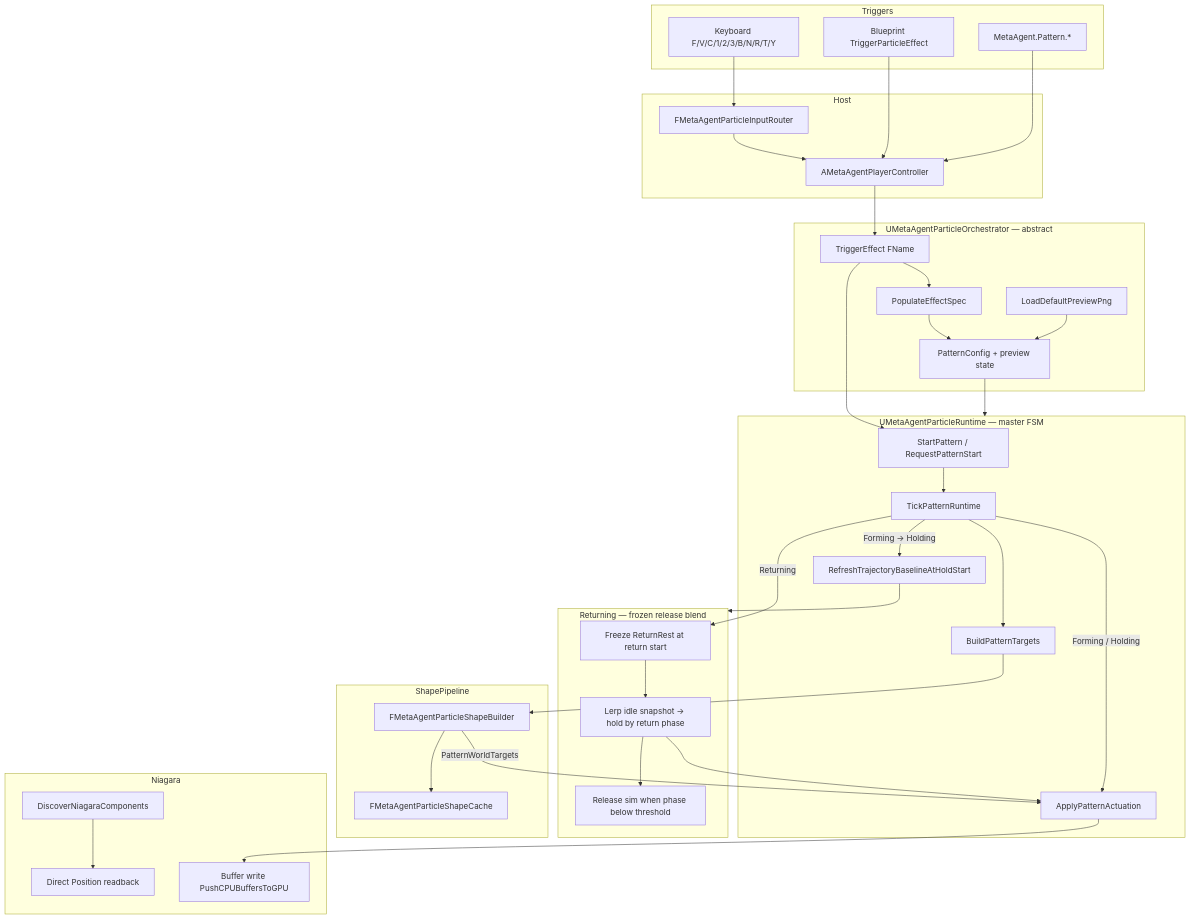
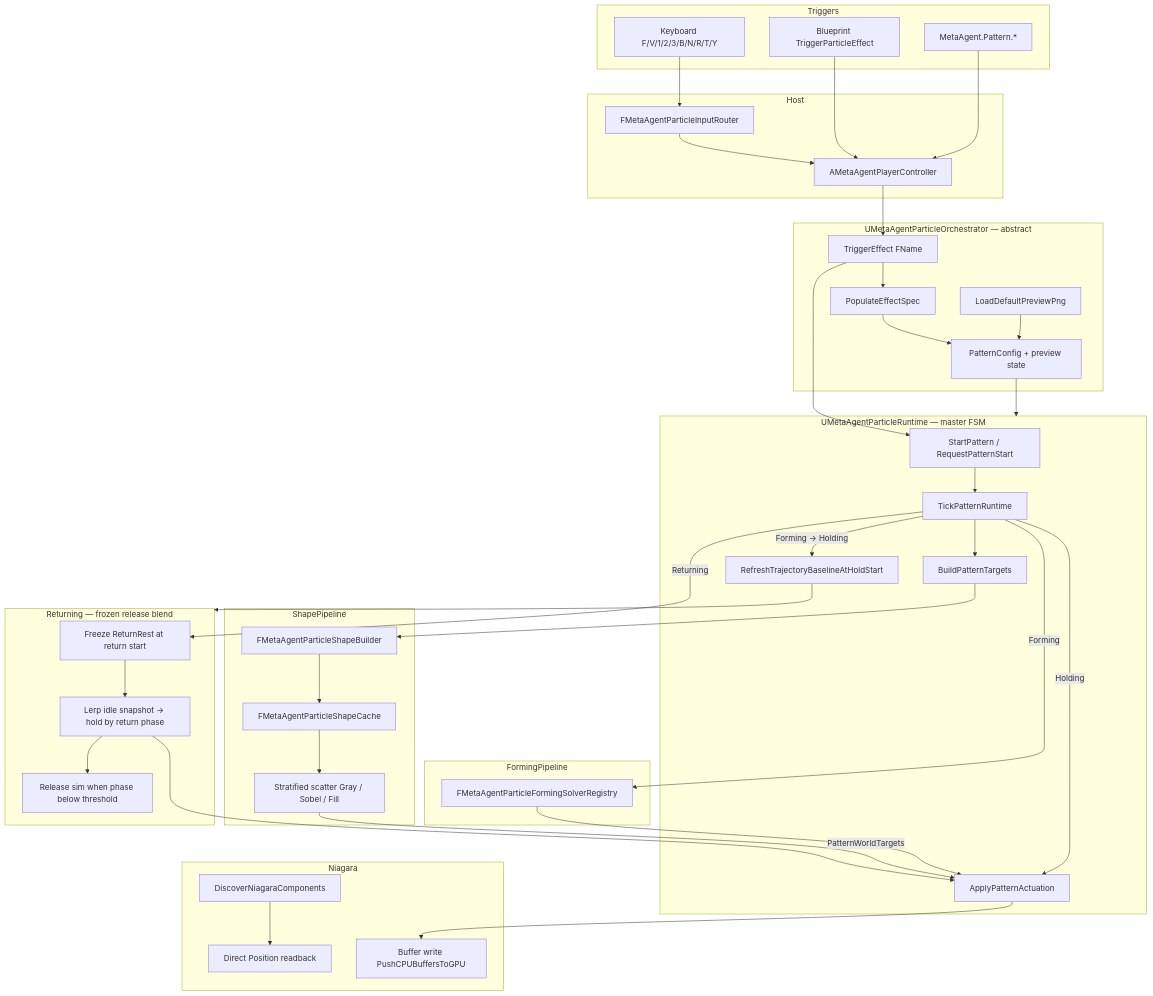
One commit to vecnode/metaagent-ue5-plugin changed diagram 11 of 14 in README.md. Above: the diagram before and after it, drawn with Mermaid. The commit also changed other lines of this file and 12 other files, not shown here.

````diff
--- a/README.md
+++ b/README.md
@@ -703,70 +777,78 @@
 ```mermaid
 flowchart TB
     subgraph Triggers
-        Keys[Keyboard F/V/C/1/2/3/B/N/R/T/Y]
+        Keys[Keyboard F/V/1/2/3/B/N/R/T/Y]
         BP[Blueprint TriggerParticleEffect]
         Console[MetaAgent.Pattern.*]
     end
 
     subgraph Host
         PC[AMetaAgentPlayerController]
         Router[FMetaAgentParticleInputRouter]
     end
 
     subgraph Orchestrator["UMetaAgentParticleOrchestrator — abstract"]
         TE[TriggerEffect FName]
         Spec[PopulateEffectSpec]
         Preview[LoadDefaultPreviewPng]
         Config[PatternConfig + preview state]
     end
 
     subgraph ParticleFSM["UMetaAgentParticleRuntime — master FSM"]
         Start[StartPattern / RequestPatternStart]
         Tick[TickPatternRuntime]
         Build[BuildPatternTargets]
         Traj[RefreshTrajectoryBaselineAtHoldStart]
         Act[ApplyPatternActuation]
     end
 
     subgraph ReturnBlend["Returning — frozen release blend"]
         Freeze[Freeze ReturnRest at return start]
         Lerp["Lerp idle snapshot → hold by return phase"]
         Release[Release sim when phase below threshold]
         Freeze --> Lerp
         Lerp --> Act
         Lerp --> Release
     end
 
     subgraph ShapePipeline
         Builder[FMetaAgentParticleShapeBuilder]
         Cache[FMetaAgentParticleShapeCache]
+        Mask[Stratified scatter Gray / Sobel / Fill]
+    end
+
+    subgraph FormingPipeline
+        Solvers[FMetaAgentParticleFormingSolverRegistry]
     end
 
     subgraph Niagara
         Discover[DiscoverNiagaraComponents]
         Capture[Direct Position readback]
         Write[Buffer write PushCPUBuffersToGPU]
     end
 
     Keys --> Router
     Router --> PC
     BP --> PC
     Console --> PC
     PC --> TE
     TE --> Spec
     Spec --> Config
     TE --> Start
     Preview --> Config
     Config --> ParticleFSM
     Start --> Tick
     Tick --> Build
     Build --> Builder
     Builder --> Cache
-    Builder -->|PatternWorldTargets| Act
+    Cache --> Mask
+    Mask -->|PatternWorldTargets| Act
     Tick -->|Forming → Holding| Traj
     Traj --> ReturnBlend
-    Tick -->|Forming / Holding| Act
+    Tick -->|Forming| Solvers
+    Solvers --> Act
+    Tick -->|Holding| Act
     Tick -->|Returning| Freeze
     Discover --> Capture
     Act --> Write
 ```
````
